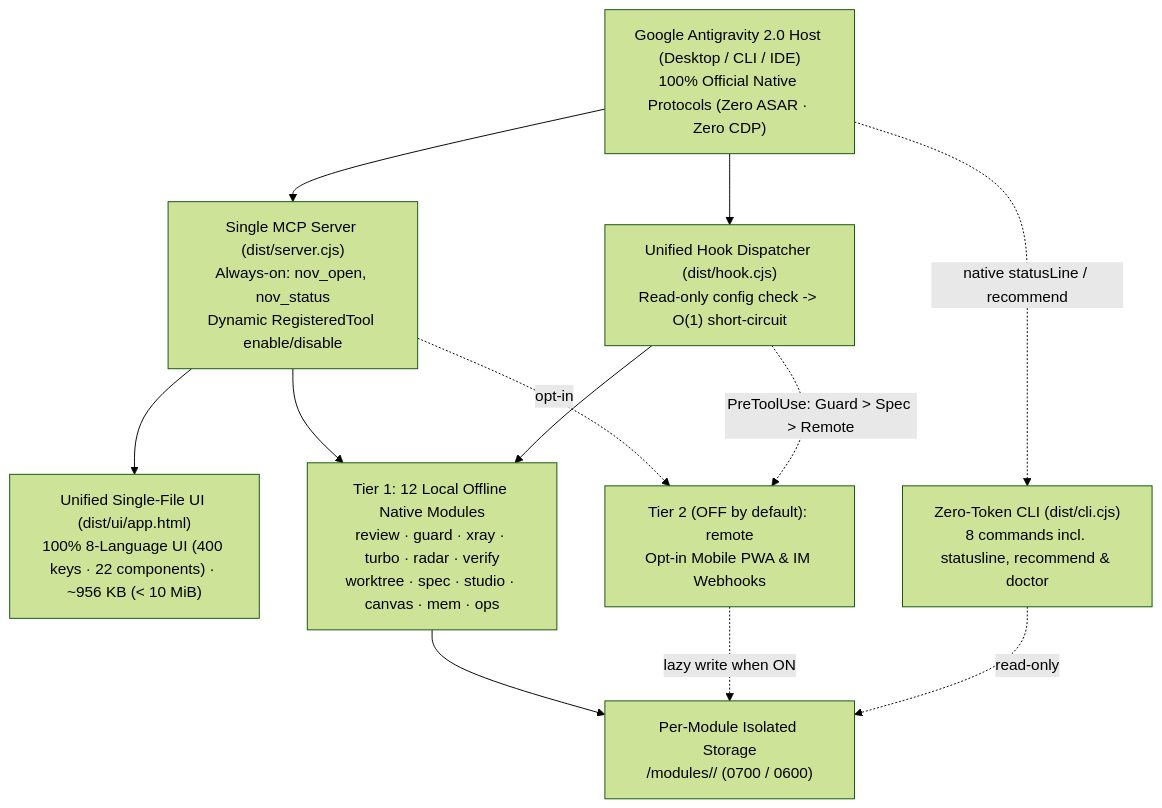
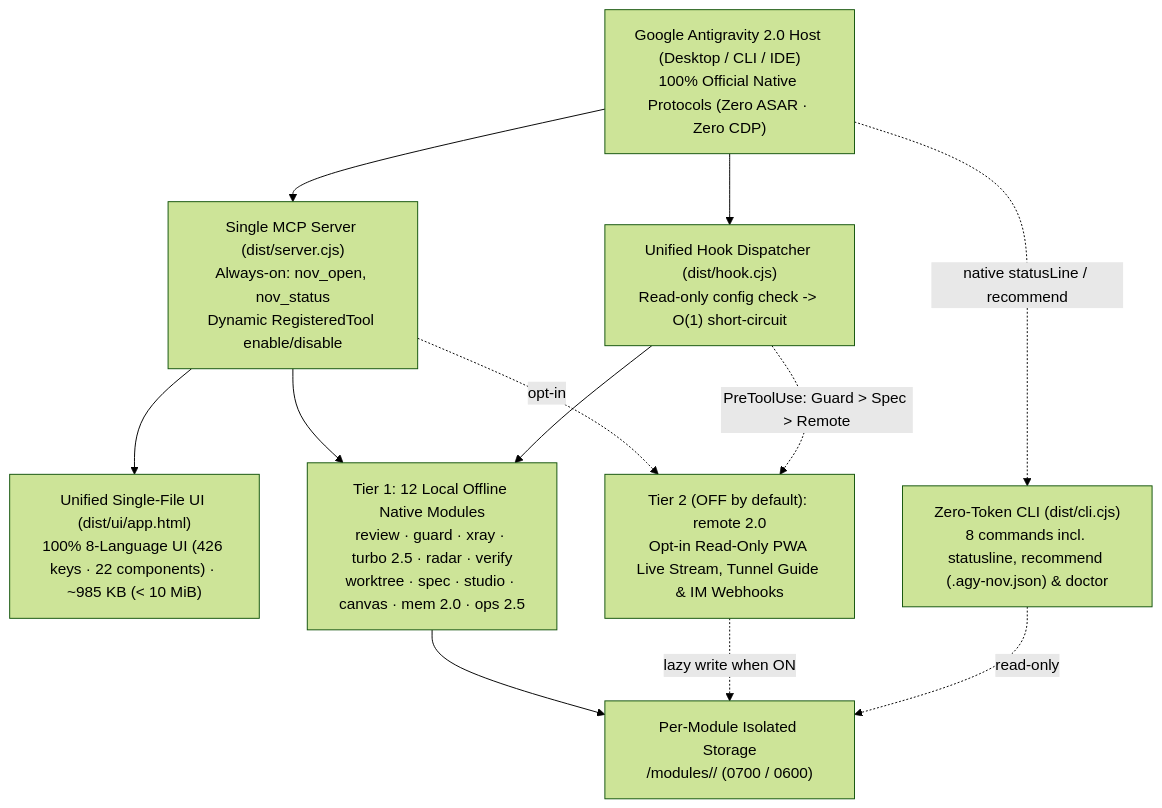
One commit to tone-leh/agy-NOV changed the diagram in README.md. Above: the diagram before and after it, drawn with Mermaid (forest theme). The commit also changed other lines of this file and 59 other files, not shown here.

Commit message:
feat(v0.6.0): Mem 2.0 progressive disclosure & <private>, Turbo 2.5 gain & 8.8KB guardrail, Remote 2.0 read-only stream, .agy-nov.json team preset & Ops 2.5

````diff
--- a/README.md
+++ b/README.md
@@ -219,23 +222,23 @@
 ```mermaid
 flowchart TB
   Host["Google Antigravity 2.0 Host (Desktop / CLI / IDE)\n100% Official Native Protocols (Zero ASAR · Zero CDP)"]
   MCP["Single MCP Server (dist/server.cjs)\nAlways-on: nov_open, nov_status\nDynamic RegisteredTool enable/disable"]
-  UI["Unified Single-File UI (dist/ui/app.html)\n100% 8-Language UI (400 keys · 22 components) · ~956 KB (< 10 MiB)"]
+  UI["Unified Single-File UI (dist/ui/app.html)\n100% 8-Language UI (426 keys · 22 components) · ~985 KB (< 10 MiB)"]
   Hook["Unified Hook Dispatcher (dist/hook.cjs)\nRead-only config check -> O(1) short-circuit"]
-  CLI["Zero-Token CLI (dist/cli.cjs)\n8 commands incl. statusline, recommend & doctor"]
+  CLI["Zero-Token CLI (dist/cli.cjs)\n8 commands incl. statusline, recommend (.agy-nov.json) & doctor"]
   Store["Per-Module Isolated Storage\n<dataDir>/modules/<id>/ (0700 / 0600)"]
-  T1["Tier 1: 12 Local Offline Native Modules\nreview · guard · xray · turbo · radar · verify\nworktree · spec · studio · canvas · mem · ops"]
-  T2R["Tier 2 (OFF by default): remote\nOpt-in Mobile PWA & IM Webhooks"]
+  T1["Tier 1: 12 Local Offline Native Modules\nreview · guard · xray · turbo 2.5 · radar · verify\nworktree · spec · studio · canvas · mem 2.0 · ops 2.5"]
+  T2R["Tier 2 (OFF by default): remote 2.0\nOpt-in Read-Only PWA Live Stream, Tunnel Guide & IM Webhooks"]
 
   Host --> MCP
   Host --> Hook
   Host -. "native statusLine / recommend" .-> CLI
   MCP --> UI
   MCP --> T1
   MCP -. "opt-in" .-> T2R
   Hook --> T1
   Hook -. "PreToolUse: Guard > Spec > Remote" .-> T2R
   T1 --> Store
   T2R -. "lazy write when ON" .-> Store
   CLI -. "read-only" .-> Store
 ```
````
